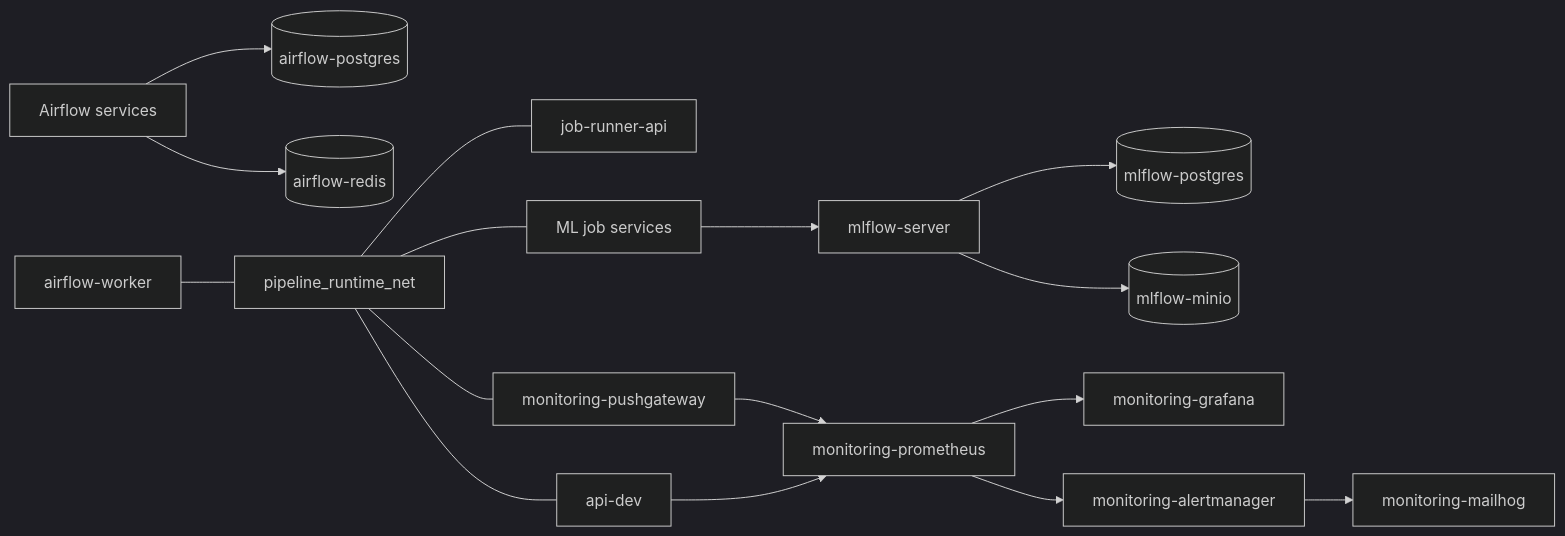
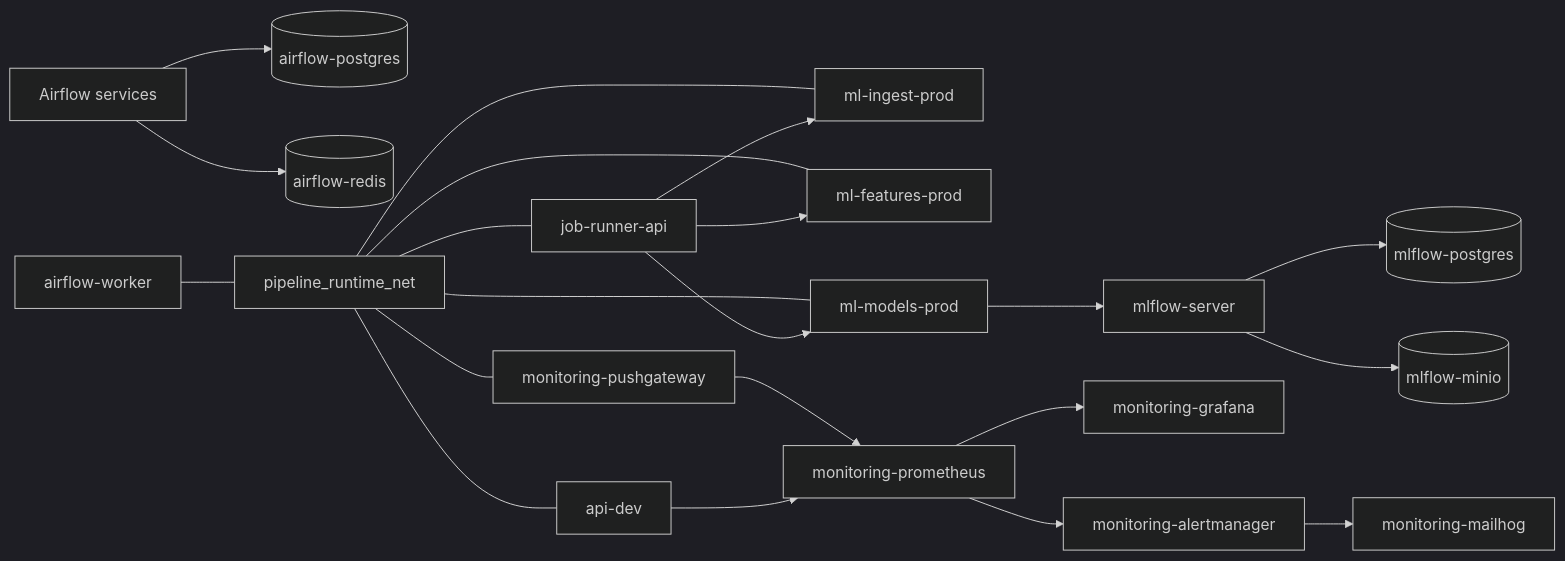
One commit to zheddhe/avr25-mle-trafic-cycliste changed the diagram in docs/architecture-references/local-prod-network-topology.md. Above: the diagram before and after it, drawn with Mermaid (dark theme). The commit also changed other lines of this file, not shown here.

Commit message:
docs: align prod topology with ML step services

````diff
--- a/docs/architecture-references/local-prod-network-topology.md
+++ b/docs/architecture-references/local-prod-network-topology.md
@@ -121,21 +125,26 @@
 ```mermaid
 flowchart LR
     airflow[Airflow services] --> airflow_db[(airflow-postgres)]
     airflow --> airflow_redis[(airflow-redis)]
     airflow_worker[airflow-worker] --- pipeline[pipeline_runtime_net]
 
     pipeline --- runner[job-runner-api]
     pipeline --- api[api-dev]
-    pipeline --- jobs[ML job services]
+    pipeline --- ingest[ml-ingest-prod]
+    pipeline --- features[ml-features-prod]
+    pipeline --- models[ml-models-prod]
     pipeline --- pushgateway[monitoring-pushgateway]
 
-    jobs --> mlflow[mlflow-server]
+    runner --> ingest
+    runner --> features
+    runner --> models
+    models --> mlflow[mlflow-server]
     mlflow --> mlflow_db[(mlflow-postgres)]
     mlflow --> minio[(mlflow-minio)]
 
     pushgateway --> prometheus[monitoring-prometheus]
     api --> prometheus
     prometheus --> grafana[monitoring-grafana]
     prometheus --> alertmanager[monitoring-alertmanager]
     alertmanager --> mailhog[monitoring-mailhog]
 ```
````
